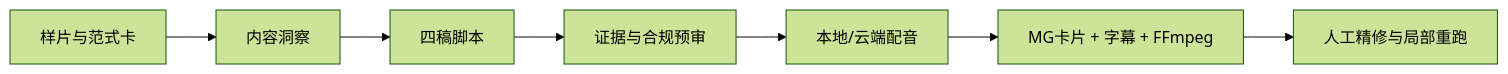
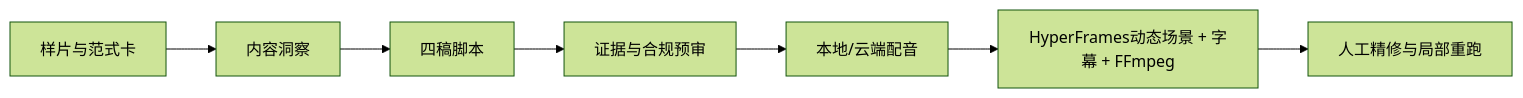
One commit to zhichenghe34-design/clean-air-ai-content-factory changed the diagram in README.md. Above: the diagram before and after it, drawn with Mermaid (forest theme). The commit also changed other lines of this file and 9 other files, not shown here.

````diff
--- a/README.md
+++ b/README.md
@@ -40,9 +42,9 @@
 ```mermaid
 flowchart LR
     A["样片与范式卡"] --> B["内容洞察"]
     B --> C["四稿脚本"]
     C --> D["证据与合规预审"]
     D --> E["本地/云端配音"]
-    E --> F["MG卡片 + 字幕 + FFmpeg"]
+    E --> F["HyperFrames动态场景 + 字幕 + FFmpeg"]
     F --> G["人工精修与局部重跑"]
 ```
````
